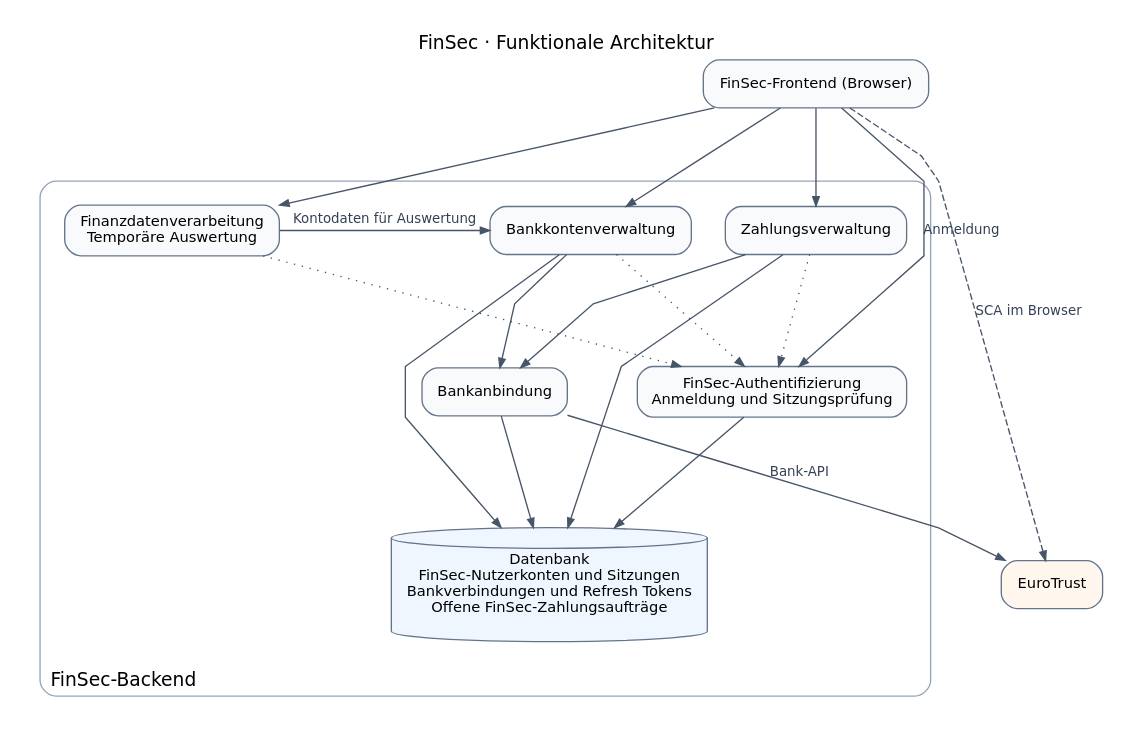
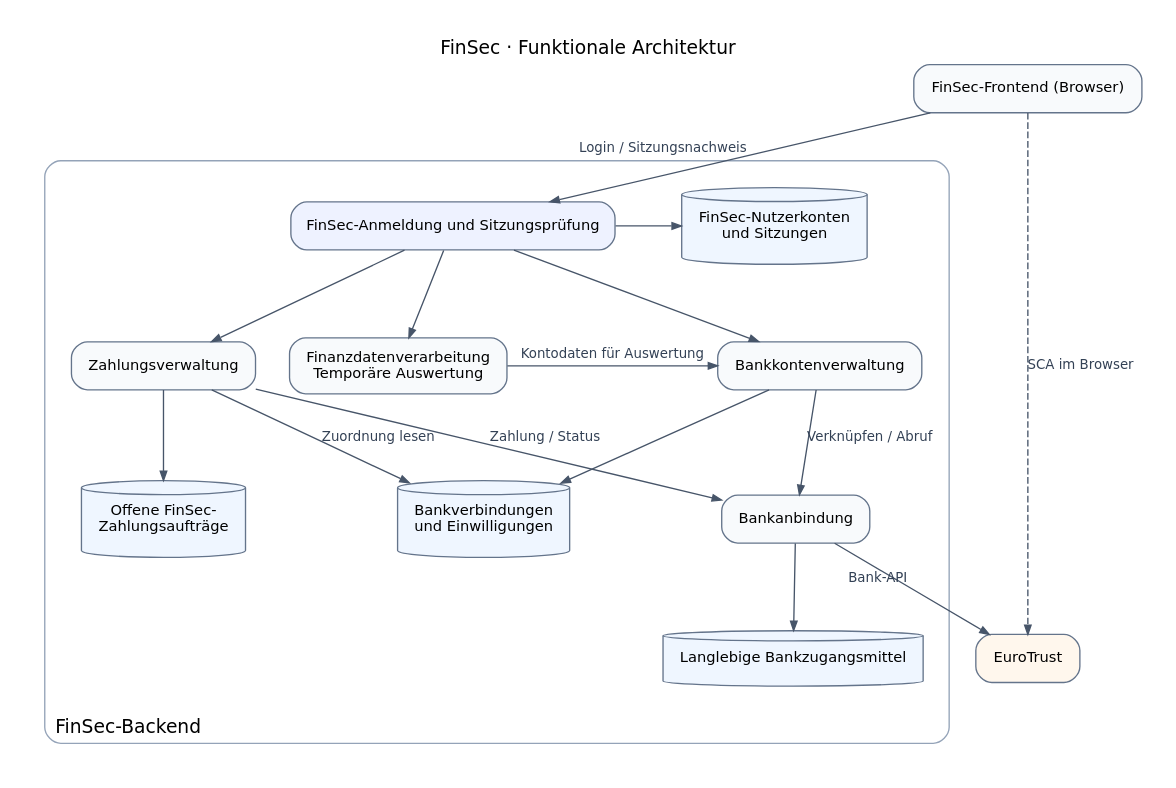
Before and after one commit to niklas9234/sichso_work: the diagram in docs/diagramme/2.4-functional-architecture.dot, drawn with Graphviz. The commit also changed 5 other files, not shown here.

Commit message:
Simplify FinSec architecture layout and clarify session flow

```diff
--- a/docs/diagramme/2.4-functional-architecture.dot
+++ b/docs/diagramme/2.4-functional-architecture.dot
@@ -1,47 +1,50 @@
-digraph Functional {
-    graph [rankdir=TB, splines=polyline, bgcolor="white", pad=0.2, nodesep=0.35, ranksep=1.0,
+digraph FinSec {
+    graph [rankdir=TB, splines=line, bgcolor="white", pad=0.25, nodesep=0.35, ranksep=0.75,
            fontname="DejaVu Sans", label="FinSec · Funktionale Architektur", labelloc=t]
     node [shape=box, style="rounded,filled", fillcolor="#f8fafc", color="#64748b",
-          fontname="DejaVu Sans", fontsize=11, margin="0.16,0.10"]
+          fontname="DejaVu Sans", fontsize=11, margin="0.18,0.12"]
     edge [color="#475569", fontcolor="#334155", fontname="DejaVu Sans", fontsize=10, arrowsize=0.7]
 
     frontend [label="FinSec-Frontend (Browser)"]
     bank [label="EuroTrust", fillcolor="#fff7ed"]
 
     subgraph cluster_backend {
         label="FinSec-Backend"
+        labeljust=l
         labelloc=b
-        labeljust=l
         color="#94a3b8"
         style=rounded
-        margin=18
+        margin=20
 
-        auth [label="FinSec-Authentifizierung\nAnmeldung und Sitzungsprüfung"]
+        auth [label="FinSec-Anmeldung und Sitzungsprüfung", fillcolor="#eef2ff"]
+        analysis [label="Finanzdatenverarbeitung\nTemporäre Auswertung"]
         accounts [label="Bankkontenverwaltung"]
         payments [label="Zahlungsverwaltung"]
-        analysis [label="Finanzdatenverarbeitung\nTemporäre Auswertung"]
         adapter [label="Bankanbindung"]
-        database [label="Datenbank\nFinSec-Nutzerkonten und Sitzungen\nBankverbindungen und Refresh Tokens\nOffene FinSec-Zahlungsaufträge", shape=cylinder, style=filled, fillcolor="#eff6ff"]
 
-        {rank=same; accounts; payments; analysis}
+        subgraph {
+            node [shape=cylinder, style=filled, fillcolor="#eff6ff"]
+            login [label="FinSec-Nutzerkonten\nund Sitzungen"]
+            links [label="Bankverbindungen\nund Einwilligungen"]
+            orders [label="Offene FinSec-\nZahlungsaufträge"]
+            refresh [label="Langlebige Bankzugangsmittel"]
+        }
 
-        accounts -> auth [style=dotted, constraint=false]
-        payments -> auth [style=dotted, constraint=false]
-        analysis -> auth [style=dotted, constraint=false]
+        {rank=same; login; auth}
+        {rank=same; analysis; accounts; payments}
+        {rank=same; links; adapter; orders}
+        auth -> login
+        auth -> {analysis accounts payments}
         analysis -> accounts [label="Kontodaten für Auswertung"]
-
-        accounts -> adapter
-        payments -> adapter
-        adapter -> database
-        auth -> database
-        accounts -> database
-        payments -> database
+        accounts -> links
+        payments -> links [label="Zuordnung lesen"]
+        payments -> orders
+        accounts -> adapter [label="Verknüpfen / Abruf"]
+        payments -> adapter [label="Zahlung / Status"]
+        adapter -> refresh
     }
 
-    frontend -> auth [label="Anmeldung"]
-    frontend -> accounts
-    frontend -> payments
-    frontend -> analysis
-    adapter -> bank [label="Bank-API"]
-    frontend -> bank [label="SCA im Browser", style=dashed]
+    frontend -> auth [xlabel="Login / Sitzungsnachweis"]
+    adapter -> bank [xlabel="Bank-API"]
+    frontend -> bank [label="SCA im Browser", style=dashed, weight=12]
 }
```
